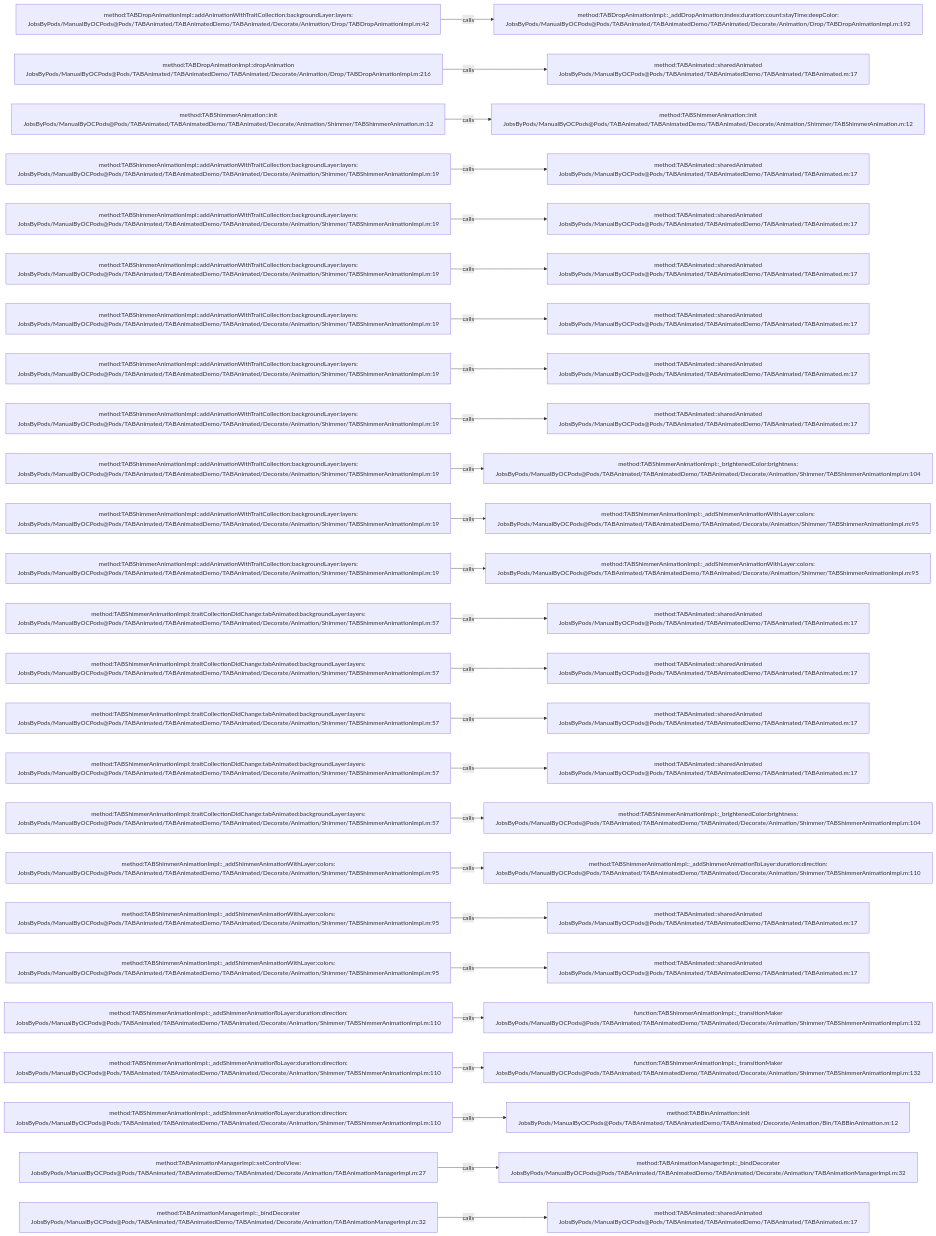
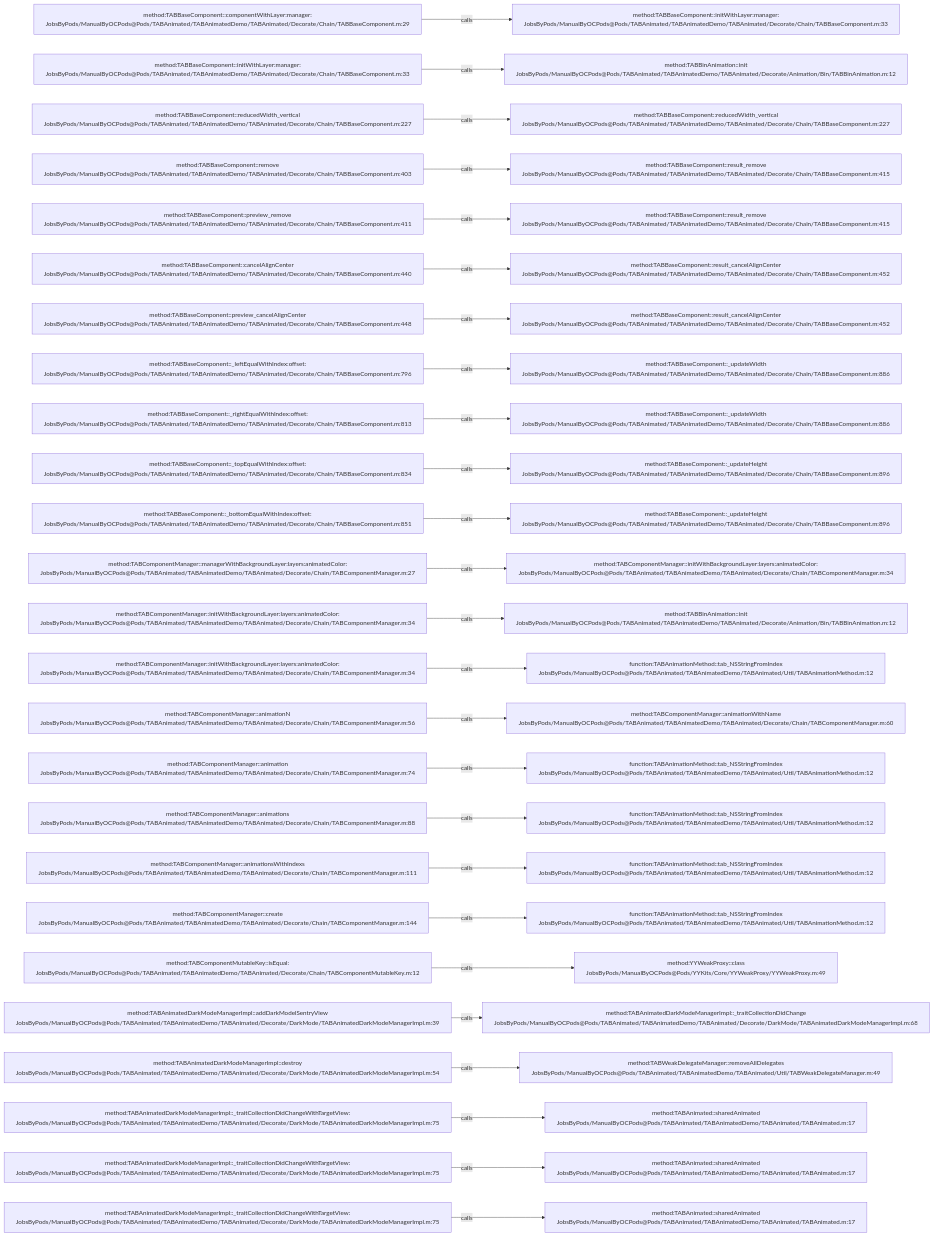
Before and after one commit to JobsKits/JobsOCBaseConfigDemo: the diagram in .codegraph/codegraph.md/graphs/calls-021.md, drawn with Mermaid. The commit also changed 2723 other files, not shown here.

````diff
--- a/.codegraph/codegraph.md/graphs/calls-021.md
+++ b/.codegraph/codegraph.md/graphs/calls-021.md
@@ -13,78 +13,78 @@
 ```mermaid
 flowchart LR
-  S1["method:TABDropAnimationImpl::addAnimationWithTraitCollection:backgroundLayer:layers:<br/>JobsByPods/ManualByOCPods@Pods/TABAnimated/TABAnimatedDemo/TABAnimated/Decorate/Animation/Drop/TABDropAnimationImpl.m:42"]
-  T1["method:TABDropAnimationImpl::_addDropAnimation:index:duration:count:stayTime:deepColor:<br/>JobsByPods/ManualByOCPods@Pods/TABAnimated/TABAnimatedDemo/TABAnimated/Decorate/Animation/Drop/TABDropAnimationImpl.m:192"]
+  S1["method:TABBaseComponent::componentWithLayer:manager:<br/>JobsByPods/ManualByOCPods@Pods/TABAnimated/TABAnimatedDemo/TABAnimated/Decorate/Chain/TABBaseComponent.m:29"]
+  T1["method:TABBaseComponent::initWithLayer:manager:<br/>JobsByPods/ManualByOCPods@Pods/TABAnimated/TABAnimatedDemo/TABAnimated/Decorate/Chain/TABBaseComponent.m:33"]
   S1 -->|calls| T1
-  S2["method:TABDropAnimationImpl::dropAnimation<br/>JobsByPods/ManualByOCPods@Pods/TABAnimated/TABAnimatedDemo/TABAnimated/Decorate/Animation/Drop/TABDropAnimationImpl.m:216"]
-  T2["method:TABAnimated::sharedAnimated<br/>JobsByPods/ManualByOCPods@Pods/TABAnimated/TABAnimatedDemo/TABAnimated/TABAnimated.m:17"]
+  S2["method:TABBaseComponent::initWithLayer:manager:<br/>JobsByPods/ManualByOCPods@Pods/TABAnimated/TABAnimatedDemo/TABAnimated/Decorate/Chain/TABBaseComponent.m:33"]
+  T2["method:TABBinAnimation::init<br/>JobsByPods/ManualByOCPods@Pods/TABAnimated/TABAnimatedDemo/TABAnimated/Decorate/Animation/Bin/TABBinAnimation.m:12"]
   S2 -->|calls| T2
-  S3["method:TABShimmerAnimation::init<br/>JobsByPods/ManualByOCPods@Pods/TABAnimated/TABAnimatedDemo/TABAnimated/Decorate/Animation/Shimmer/TABShimmerAnimation.m:12"]
-  T3["method:TABShimmerAnimation::init<br/>JobsByPods/ManualByOCPods@Pods/TABAnimated/TABAnimatedDemo/TABAnimated/Decorate/Animation/Shimmer/TABShimmerAnimation.m:12"]
+  S3["method:TABBaseComponent::reducedWidth_vertical<br/>JobsByPods/ManualByOCPods@Pods/TABAnimated/TABAnimatedDemo/TABAnimated/Decorate/Chain/TABBaseComponent.m:227"]
+  T3["method:TABBaseComponent::reducedWidth_vertical<br/>JobsByPods/ManualByOCPods@Pods/TABAnimated/TABAnimatedDemo/TABAnimated/Decorate/Chain/TABBaseComponent.m:227"]
   S3 -->|calls| T3
-  S4["method:TABShimmerAnimationImpl::addAnimationWithTraitCollection:backgroundLayer:layers:<br/>JobsByPods/ManualByOCPods@Pods/TABAnimated/TABAnimatedDemo/TABAnimated/Decorate/Animation/Shimmer/TABShimmerAnimationImpl.m:19"]
-  T4["method:TABAnimated::sharedAnimated<br/>JobsByPods/ManualByOCPods@Pods/TABAnimated/TABAnimatedDemo/TABAnimated/TABAnimated.m:17"]
+  S4["method:TABBaseComponent::remove<br/>JobsByPods/ManualByOCPods@Pods/TABAnimated/TABAnimatedDemo/TABAnimated/Decorate/Chain/TABBaseComponent.m:403"]
+  T4["method:TABBaseComponent::result_remove<br/>JobsByPods/ManualByOCPods@Pods/TABAnimated/TABAnimatedDemo/TABAnimated/Decorate/Chain/TABBaseComponent.m:415"]
   S4 -->|calls| T4
-  S5["method:TABShimmerAnimationImpl::addAnimationWithTraitCollection:backgroundLayer:layers:<br/>JobsByPods/ManualByOCPods@Pods/TABAnimated/TABAnimatedDemo/TABAnimated/Decorate/Animation/Shimmer/TABShimmerAnimationImpl.m:19"]
-  T5["method:TABAnimated::sharedAnimated<br/>JobsByPods/ManualByOCPods@Pods/TABAnimated/TABAnimatedDemo/TABAnimated/TABAnimated.m:17"]
+  S5["method:TABBaseComponent::preview_remove<br/>JobsByPods/ManualByOCPods@Pods/TABAnimated/TABAnimatedDemo/TABAnimated/Decorate/Chain/TABBaseComponent.m:411"]
+  T5["method:TABBaseComponent::result_remove<br/>JobsByPods/ManualByOCPods@Pods/TABAnimated/TABAnimatedDemo/TABAnimated/Decorate/Chain/TABBaseComponent.m:415"]
   S5 -->|calls| T5
-  S6["method:TABShimmerAnimationImpl::addAnimationWithTraitCollection:backgroundLayer:layers:<br/>JobsByPods/ManualByOCPods@Pods/TABAnimated/TABAnimatedDemo/TABAnimated/Decorate/Animation/Shimmer/TABShimmerAnimationImpl.m:19"]
-  T6["method:TABAnimated::sharedAnimated<br/>JobsByPods/ManualByOCPods@Pods/TABAnimated/TABAnimatedDemo/TABAnimated/TABAnimated.m:17"]
+  S6["method:TABBaseComponent::cancelAlignCenter<br/>JobsByPods/ManualByOCPods@Pods/TABAnimated/TABAnimatedDemo/TABAnimated/Decorate/Chain/TABBaseComponent.m:440"]
+  T6["method:TABBaseComponent::result_cancelAlignCenter<br/>JobsByPods/ManualByOCPods@Pods/TABAnimated/TABAnimatedDemo/TABAnimated/Decorate/Chain/TABBaseComponent.m:452"]
   S6 -->|calls| T6
-  S7["method:TABShimmerAnimationImpl::addAnimationWithTraitCollection:backgroundLayer:layers:<br/>JobsByPods/ManualByOCPods@Pods/TABAnimated/TABAnimatedDemo/TABAnimated/Decorate/Animation/Shimmer/TABShimmerAnimationImpl.m:19"]
-  T7["method:TABAnimated::sharedAnimated<br/>JobsByPods/ManualByOCPods@Pods/TABAnimated/TABAnimatedDemo/TABAnimated/TABAnimated.m:17"]
+  S7["method:TABBaseComponent::preview_cancelAlignCenter<br/>JobsByPods/ManualByOCPods@Pods/TABAnimated/TABAnimatedDemo/TABAnimated/Decorate/Chain/TABBaseComponent.m:448"]
+  T7["method:TABBaseComponent::result_cancelAlignCenter<br/>JobsByPods/ManualByOCPods@Pods/TABAnimated/TABAnimatedDemo/TABAnimated/Decorate/Chain/TABBaseComponent.m:452"]
   S7 -->|calls| T7
-  S8["method:TABShimmerAnimationImpl::addAnimationWithTraitCollection:backgroundLayer:layers:<br/>JobsByPods/ManualByOCPods@Pods/TABAnimated/TABAnimatedDemo/TABAnimated/Decorate/Animation/Shimmer/TABShimmerAnimationImpl.m:19"]
-  T8["method:TABAnimated::sharedAnimated<br/>JobsByPods/ManualByOCPods@Pods/TABAnimated/TABAnimatedDemo/TABAnimated/TABAnimated.m:17"]
+  S8["method:TABBaseComponent::_leftEqualWithIndex:offset:<br/>JobsByPods/ManualByOCPods@Pods/TABAnimated/TABAnimatedDemo/TABAnimated/Decorate/Chain/TABBaseComponent.m:796"]
+  T8["method:TABBaseComponent::_updateWidth<br/>JobsByPods/ManualByOCPods@Pods/TABAnimated/TABAnimatedDemo/TABAnimated/Decorate/Chain/TABBaseComponent.m:886"]
   S8 -->|calls| T8
-  S9["method:TABShimmerAnimationImpl::addAnimationWithTraitCollection:backgroundLayer:layers:<br/>JobsByPods/ManualByOCPods@Pods/TABAnimated/TABAnimatedDemo/TABAnimated/Decorate/Animation/Shimmer/TABShimmerAnimationImpl.m:19"]
-  T9["method:TABAnimated::sharedAnimated<br/>JobsByPods/ManualByOCPods@Pods/TABAnimated/TABAnimatedDemo/TABAnimated/TABAnimated.m:17"]
+  S9["method:TABBaseComponent::_rightEqualWithIndex:offset:<br/>JobsByPods/ManualByOCPods@Pods/TABAnimated/TABAnimatedDemo/TABAnimated/Decorate/Chain/TABBaseComponent.m:813"]
+  T9["method:TABBaseComponent::_updateWidth<br/>JobsByPods/ManualByOCPods@Pods/TABAnimated/TABAnimatedDemo/TABAnimated/Decorate/Chain/TABBaseComponent.m:886"]
   S9 -->|calls| T9
-  S10["method:TABShimmerAnimationImpl::addAnimationWithTraitCollection:backgroundLayer:layers:<br/>JobsByPods/ManualByOCPods@Pods/TABAnimated/TABAnimatedDemo/TABAnimated/Decorate/Animation/Shimmer/TABShimmerAnimationImpl.m:19"]
-  T10["method:TABShimmerAnimationImpl::_brightenedColor:brightness:<br/>JobsByPods/ManualByOCPods@Pods/TABAnimated/TABAnimatedDemo/TABAnimated/Decorate/Animation/Shimmer/TABShimmerAnimationImpl.m:104"]
+  S10["method:TABBaseComponent::_topEqualWithIndex:offset:<br/>JobsByPods/ManualByOCPods@Pods/TABAnimated/TABAnimatedDemo/TABAnimated/Decorate/Chain/TABBaseComponent.m:834"]
+  T10["method:TABBaseComponent::_updateHeight<br/>JobsByPods/ManualByOCPods@Pods/TABAnimated/TABAnimatedDemo/TABAnimated/Decorate/Chain/TABBaseComponent.m:896"]
   S10 -->|calls| T10
-  S11["method:TABShimmerAnimationImpl::addAnimationWithTraitCollection:backgroundLayer:layers:<br/>JobsByPods/ManualByOCPods@Pods/TABAnimated/TABAnimatedDemo/TABAnimated/Decorate/Animation/Shimmer/TABShimmerAnimationImpl.m:19"]
-  T11["method:TABShimmerAnimationImpl::_addShimmerAnimationWithLayer:colors:<br/>JobsByPods/ManualByOCPods@Pods/TABAnimated/TABAnimatedDemo/TABAnimated/Decorate/Animation/Shimmer/TABShimmerAnimationImpl.m:95"]
+  S11["method:TABBaseComponent::_bottomEqualWithIndex:offset:<br/>JobsByPods/ManualByOCPods@Pods/TABAnimated/TABAnimatedDemo/TABAnimated/Decorate/Chain/TABBaseComponent.m:851"]
+  T11["method:TABBaseComponent::_updateHeight<br/>JobsByPods/ManualByOCPods@Pods/TABAnimated/TABAnimatedDemo/TABAnimated/Decorate/Chain/TABBaseComponent.m:896"]
   S11 -->|calls| T11
-  S12["method:TABShimmerAnimationImpl::addAnimationWithTraitCollection:backgroundLayer:layers:<br/>JobsByPods/ManualByOCPods@Pods/TABAnimated/TABAnimatedDemo/TABAnimated/Decorate/Animation/Shimmer/TABShimmerAnimationImpl.m:19"]
-  T12["method:TABShimmerAnimationImpl::_addShimmerAnimationWithLayer:colors:<br/>JobsByPods/ManualByOCPods@Pods/TABAnimated/TABAnimatedDemo/TABAnimated/Decorate/Animation/Shimmer/TABShimmerAnimationImpl.m:95"]
+  S12["method:TABComponentManager::managerWithBackgroundLayer:layers:animatedColor:<br/>JobsByPods/ManualByOCPods@Pods/TABAnimated/TABAnimatedDemo/TABAnimated/Decorate/Chain/TABComponentManager.m:27"]
+  T12["method:TABComponentManager::initWithBackgroundLayer:layers:animatedColor:<br/>JobsByPods/ManualByOCPods@Pods/TABAnimated/TABAnimatedDemo/TABAnimated/Decorate/Chain/TABComponentManager.m:34"]
   S12 -->|calls| T12
-  S13["method:TABShimmerAnimationImpl::traitCollectionDidChange:tabAnimated:backgroundLayer:layers:<br/>JobsByPods/ManualByOCPods@Pods/TABAnimated/TABAnimatedDemo/TABAnimated/Decorate/Animation/Shimmer/TABShimmerAnimationImpl.m:57"]
-  T13["method:TABAnimated::sharedAnimated<br/>JobsByPods/ManualByOCPods@Pods/TABAnimated/TABAnimatedDemo/TABAnimated/TABAnimated.m:17"]
+  S13["method:TABComponentManager::initWithBackgroundLayer:layers:animatedColor:<br/>JobsByPods/ManualByOCPods@Pods/TABAnimated/TABAnimatedDemo/TABAnimated/Decorate/Chain/TABComponentManager.m:34"]
+  T13["method:TABBinAnimation::init<br/>JobsByPods/ManualByOCPods@Pods/TABAnimated/TABAnimatedDemo/TABAnimated/Decorate/Animation/Bin/TABBinAnimation.m:12"]
   S13 -->|calls| T13
-  S14["method:TABShimmerAnimationImpl::traitCollectionDidChange:tabAnimated:backgroundLayer:layers:<br/>JobsByPods/ManualByOCPods@Pods/TABAnimated/TABAnimatedDemo/TABAnimated/Decorate/Animation/Shimmer/TABShimmerAnimationImpl.m:57"]
-  T14["method:TABAnimated::sharedAnimated<br/>JobsByPods/ManualByOCPods@Pods/TABAnimated/TABAnimatedDemo/TABAnimated/TABAnimated.m:17"]
+  S14["method:TABComponentManager::initWithBackgroundLayer:layers:animatedColor:<br/>JobsByPods/ManualByOCPods@Pods/TABAnimated/TABAnimatedDemo/TABAnimated/Decorate/Chain/TABComponentManager.m:34"]
+  T14["function:TABAnimationMethod::tab_NSStringFromIndex<br/>JobsByPods/ManualByOCPods@Pods/TABAnimated/TABAnimatedDemo/TABAnimated/Util/TABAnimationMethod.m:12"]
   S14 -->|calls| T14
-  S15["method:TABShimmerAnimationImpl::traitCollectionDidChange:tabAnimated:backgroundLayer:layers:<br/>JobsByPods/ManualByOCPods@Pods/TABAnimated/TABAnimatedDemo/TABAnimated/Decorate/Animation/Shimmer/TABShimmerAnimationImpl.m:57"]
-  T15["method:TABAnimated::sharedAnimated<br/>JobsByPods/ManualByOCPods@Pods/TABAnimated/TABAnimatedDemo/TABAnimated/TABAnimated.m:17"]
+  S15["method:TABComponentManager::animationN<br/>JobsByPods/ManualByOCPods@Pods/TABAnimated/TABAnimatedDemo/TABAnimated/Decorate/Chain/TABComponentManager.m:56"]
+  T15["method:TABComponentManager::animationWithName<br/>JobsByPods/ManualByOCPods@Pods/TABAnimated/TABAnimatedDemo/TABAnimated/Decorate/Chain/TABComponentManager.m:60"]
   S15 -->|calls| T15
-  S16["method:TABShimmerAnimationImpl::traitCollectionDidChange:tabAnimated:backgroundLayer:layers:<br/>JobsByPods/ManualByOCPods@Pods/TABAnimated/TABAnimatedDemo/TABAnimated/Decorate/Animation/Shimmer/TABShimmerAnimationImpl.m:57"]
-  T16["method:TABAnimated::sharedAnimated<br/>JobsByPods/ManualByOCPods@Pods/TABAnimated/TABAnimatedDemo/TABAnimated/TABAnimated.m:17"]
+  S16["method:TABComponentManager::animation<br/>JobsByPods/ManualByOCPods@Pods/TABAnimated/TABAnimatedDemo/TABAnimated/Decorate/Chain/TABComponentManager.m:74"]
+  T16["function:TABAnimationMethod::tab_NSStringFromIndex<br/>JobsByPods/ManualByOCPods@Pods/TABAnimated/TABAnimatedDemo/TABAnimated/Util/TABAnimationMethod.m:12"]
   S16 -->|calls| T16
-  S17["method:TABShimmerAnimationImpl::traitCollectionDidChange:tabAnimated:backgroundLayer:layers:<br/>JobsByPods/ManualByOCPods@Pods/TABAnimated/TABAnimatedDemo/TABAnimated/Decorate/Animation/Shimmer/TABShimmerAnimationImpl.m:57"]
-  T17["method:TABShimmerAnimationImpl::_brightenedColor:brightness:<br/>JobsByPods/ManualByOCPods@Pods/TABAnimated/TABAnimatedDemo/TABAnimated/Decorate/Animation/Shimmer/TABShimmerAnimationImpl.m:104"]
+  S17["method:TABComponentManager::animations<br/>JobsByPods/ManualByOCPods@Pods/TABAnimated/TABAnimatedDemo/TABAnimated/Decorate/Chain/TABComponentManager.m:88"]
+  T17["function:TABAnimationMethod::tab_NSStringFromIndex<br/>JobsByPods/ManualByOCPods@Pods/TABAnimated/TABAnimatedDemo/TABAnimated/Util/TABAnimationMethod.m:12"]
   S17 -->|calls| T17
-  S18["method:TABShimmerAnimationImpl::_addShimmerAnimationWithLayer:colors:<br/>JobsByPods/ManualByOCPods@Pods/TABAnimated/TABAnimatedDemo/TABAnimated/Decorate/Animation/Shimmer/TABShimmerAnimationImpl.m:95"]
-  T18["method:TABShimmerAnimationImpl::_addShimmerAnimationToLayer:duration:direction:<br/>JobsByPods/ManualByOCPods@Pods/TABAnimated/TABAnimatedDemo/TABAnimated/Decorate/Animation/Shimmer/TABShimmerAnimationImpl.m:110"]
+  S18["method:TABComponentManager::animationsWithIndexs<br/>JobsByPods/ManualByOCPods@Pods/TABAnimated/TABAnimatedDemo/TABAnimated/Decorate/Chain/TABComponentManager.m:111"]
+  T18["function:TABAnimationMethod::tab_NSStringFromIndex<br/>JobsByPods/ManualByOCPods@Pods/TABAnimated/TABAnimatedDemo/TABAnimated/Util/TABAnimationMethod.m:12"]
   S18 -->|calls| T18
-  S19["method:TABShimmerAnimationImpl::_addShimmerAnimationWithLayer:colors:<br/>JobsByPods/ManualByOCPods@Pods/TABAnimated/TABAnimatedDemo/TABAnimated/Decorate/Animation/Shimmer/TABShimmerAnimationImpl.m:95"]
-  T19["method:TABAnimated::sharedAnimated<br/>JobsByPods/ManualByOCPods@Pods/TABAnimated/TABAnimatedDemo/TABAnimated/TABAnimated.m:17"]
+  S19["method:TABComponentManager::create<br/>JobsByPods/ManualByOCPods@Pods/TABAnimated/TABAnimatedDemo/TABAnimated/Decorate/Chain/TABComponentManager.m:144"]
+  T19["function:TABAnimationMethod::tab_NSStringFromIndex<br/>JobsByPods/ManualByOCPods@Pods/TABAnimated/TABAnimatedDemo/TABAnimated/Util/TABAnimationMethod.m:12"]
   S19 -->|calls| T19
-  S20["method:TABShimmerAnimationImpl::_addShimmerAnimationWithLayer:colors:<br/>JobsByPods/ManualByOCPods@Pods/TABAnimated/TABAnimatedDemo/TABAnimated/Decorate/Animation/Shimmer/TABShimmerAnimationImpl.m:95"]
-  T20["method:TABAnimated::sharedAnimated<br/>JobsByPods/ManualByOCPods@Pods/TABAnimated/TABAnimatedDemo/TABAnimated/TABAnimated.m:17"]
+  S20["method:TABComponentMutableKey::isEqual:<br/>JobsByPods/ManualByOCPods@Pods/TABAnimated/TABAnimatedDemo/TABAnimated/Decorate/Chain/TABComponentMutableKey.m:12"]
+  T20["method:YYWeakProxy::class<br/>JobsByPods/ManualByOCPods@Pods/YYKits/Core/YYWeakProxy/YYWeakProxy.m:49"]
   S20 -->|calls| T20
-  S21["method:TABShimmerAnimationImpl::_addShimmerAnimationToLayer:duration:direction:<br/>JobsByPods/ManualByOCPods@Pods/TABAnimated/TABAnimatedDemo/TABAnimated/Decorate/Animation/Shimmer/TABShimmerAnimationImpl.m:110"]
-  T21["function:TABShimmerAnimationImpl::_transitionMaker<br/>JobsByPods/ManualByOCPods@Pods/TABAnimated/TABAnimatedDemo/TABAnimated/Decorate/Animation/Shimmer/TABShimmerAnimationImpl.m:132"]
+  S21["method:TABAnimatedDarkModeManagerImpl::addDarkModelSentryView<br/>JobsByPods/ManualByOCPods@Pods/TABAnimated/TABAnimatedDemo/TABAnimated/Decorate/DarkMode/TABAnimatedDarkModeManagerImpl.m:39"]
+  T21["method:TABAnimatedDarkModeManagerImpl::_traitCollectionDidChange<br/>JobsByPods/ManualByOCPods@Pods/TABAnimated/TABAnimatedDemo/TABAnimated/Decorate/DarkMode/TABAnimatedDarkModeManagerImpl.m:68"]
   S21 -->|calls| T21
-  S22["method:TABShimmerAnimationImpl::_addShimmerAnimationToLayer:duration:direction:<br/>JobsByPods/ManualByOCPods@Pods/TABAnimated/TABAnimatedDemo/TABAnimated/Decorate/Animation/Shimmer/TABShimmerAnimationImpl.m:110"]
-  T22["function:TABShimmerAnimationImpl::_transitionMaker<br/>JobsByPods/ManualByOCPods@Pods/TABAnimated/TABAnimatedDemo/TABAnimated/Decorate/Animation/Shimmer/TABShimmerAnimationImpl.m:132"]
+  S22["method:TABAnimatedDarkModeManagerImpl::destroy<br/>JobsByPods/ManualByOCPods@Pods/TABAnimated/TABAnimatedDemo/TABAnimated/Decorate/DarkMode/TABAnimatedDarkModeManagerImpl.m:54"]
+  T22["method:TABWeakDelegateManager::removeAllDelegates<br/>JobsByPods/ManualByOCPods@Pods/TABAnimated/TABAnimatedDemo/TABAnimated/Util/TABWeakDelegateManager.m:49"]
   S22 -->|calls| T22
-  S23["method:TABShimmerAnimationImpl::_addShimmerAnimationToLayer:duration:direction:<br/>JobsByPods/ManualByOCPods@Pods/TABAnimated/TABAnimatedDemo/TABAnimated/Decorate/Animation/Shimmer/TABShimmerAnimationImpl.m:110"]
-  T23["method:TABBinAnimation::init<br/>JobsByPods/ManualByOCPods@Pods/TABAnimated/TABAnimatedDemo/TABAnimated/Decorate/Animation/Bin/TABBinAnimation.m:12"]
+  S23["method:TABAnimatedDarkModeManagerImpl::_traitCollectionDidChangeWithTargetView:<br/>JobsByPods/ManualByOCPods@Pods/TABAnimated/TABAnimatedDemo/TABAnimated/Decorate/DarkMode/TABAnimatedDarkModeManagerImpl.m:75"]
+  T23["method:TABAnimated::sharedAnimated<br/>JobsByPods/ManualByOCPods@Pods/TABAnimated/TABAnimatedDemo/TABAnimated/TABAnimated.m:17"]
   S23 -->|calls| T23
-  S24["method:TABAnimationManagerImpl::setControlView:<br/>JobsByPods/ManualByOCPods@Pods/TABAnimated/TABAnimatedDemo/TABAnimated/Decorate/Animation/TABAnimationManagerImpl.m:27"]
-  T24["method:TABAnimationManagerImpl::_bindDecorater<br/>JobsByPods/ManualByOCPods@Pods/TABAnimated/TABAnimatedDemo/TABAnimated/Decorate/Animation/TABAnimationManagerImpl.m:32"]
+  S24["method:TABAnimatedDarkModeManagerImpl::_traitCollectionDidChangeWithTargetView:<br/>JobsByPods/ManualByOCPods@Pods/TABAnimated/TABAnimatedDemo/TABAnimated/Decorate/DarkMode/TABAnimatedDarkModeManagerImpl.m:75"]
+  T24["method:TABAnimated::sharedAnimated<br/>JobsByPods/ManualByOCPods@Pods/TABAnimated/TABAnimatedDemo/TABAnimated/TABAnimated.m:17"]
   S24 -->|calls| T24
-  S25["method:TABAnimationManagerImpl::_bindDecorater<br/>JobsByPods/ManualByOCPods@Pods/TABAnimated/TABAnimatedDemo/TABAnimated/Decorate/Animation/TABAnimationManagerImpl.m:32"]
+  S25["method:TABAnimatedDarkModeManagerImpl::_traitCollectionDidChangeWithTargetView:<br/>JobsByPods/ManualByOCPods@Pods/TABAnimated/TABAnimatedDemo/TABAnimated/Decorate/DarkMode/TABAnimatedDarkModeManagerImpl.m:75"]
   T25["method:TABAnimated::sharedAnimated<br/>JobsByPods/ManualByOCPods@Pods/TABAnimated/TABAnimatedDemo/TABAnimated/TABAnimated.m:17"]
   S25 -->|calls| T25
 ```
````
